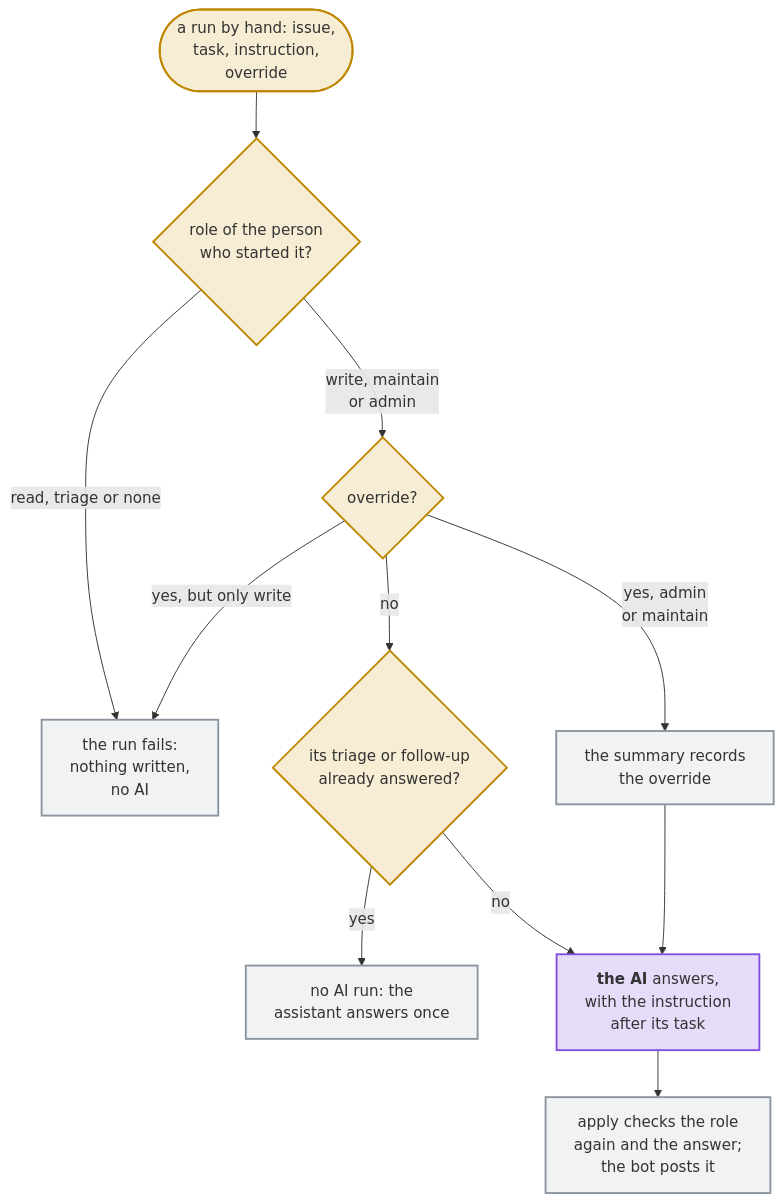
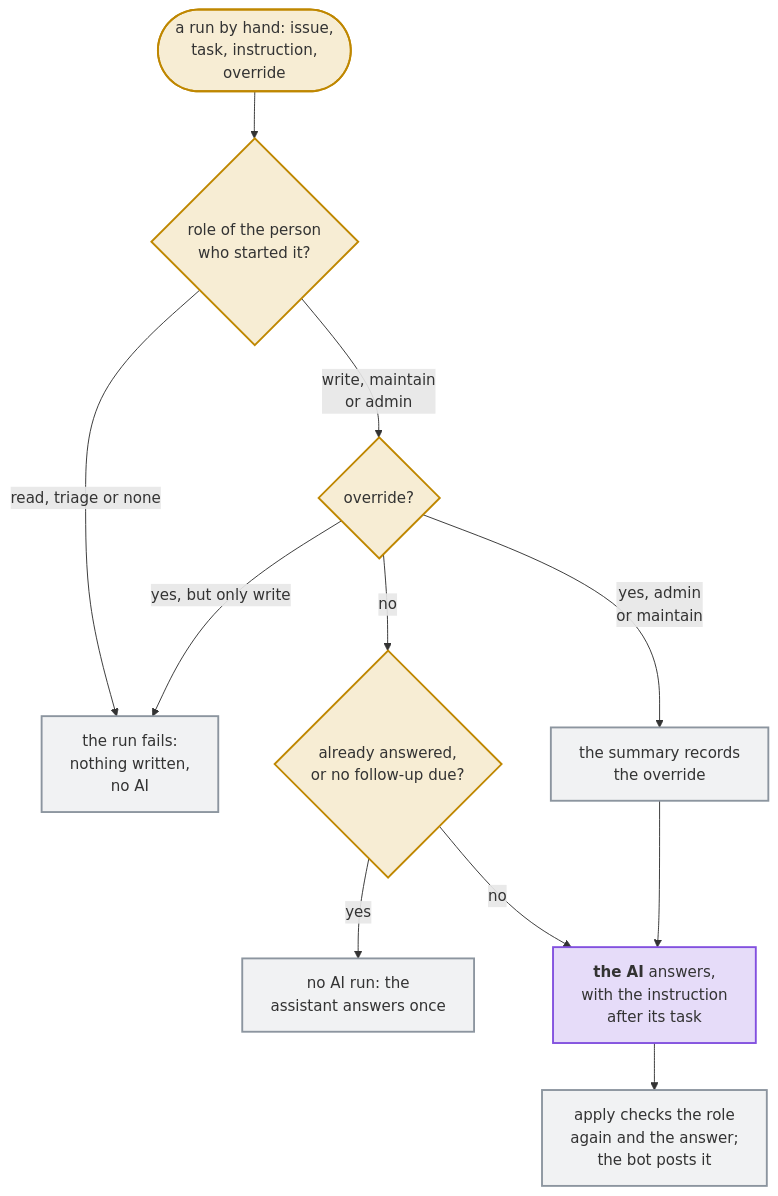
One commit to Dennis-Otto/issue-assistant changed the diagram in docs/diagrams/what-a-run-by-hand-may-do.mmd. Above: the diagram before and after it, drawn with Mermaid. The commit also changed 9 other files, not shown here.

First line of the commit message:
fix: end a run by hand before the AI whenever apply would post nothing

```diff
--- a/docs/diagrams/what-a-run-by-hand-may-do.mmd
+++ b/docs/diagrams/what-a-run-by-hand-may-do.mmd
@@ -1,21 +1,21 @@
 flowchart TB
   accTitle: What a run by hand may do
-  accDescr: A run by hand of issue-assistant.yml, from the Actions tab, gh workflow run or the REST API, names an issue, a task, an optional instruction and the override. The job event asks GitHub for the role of the person who started the run, or who ran it again. Without write access, the run fails before anything is written and before the AI. With override, only the roles admin and maintain may go on, and the summary of the run records the override; the AI then answers again, even where its task already has its comment. Without override, a triage or follow-up that already has its comment stops without the AI, and every other run goes on to the AI, which reads the instruction after its task. The job apply checks the role again and the answer as always, and the assistant's bot posts the comment.
+  accDescr: A run by hand of issue-assistant.yml, from the Actions tab, gh workflow run or the REST API, names an issue, a task, an optional instruction and the override. The job event asks GitHub for the role of the person who started the run, or who ran it again. Without write access, the run fails before anything is written and before the AI. With override, only the roles admin and maintain may go on, and the summary of the run records the override; the AI then answers again, even where its task already has its comment. Without override, a run whose task would post nothing stops without the AI: a triage, follow-up or answer to a maintainer's question that already has its comment, or a follow-up that is not due, as after a maintainer joined the conversation; every other run goes on to the AI, which reads the instruction after its task. The job apply checks the role again and the answer as always, and the assistant's bot posts the comment.
   start(["a run by hand: issue,<br>task, instruction,<br>override"]) --> role{"role of the person<br>who started it?"}
   role -- "read, triage or none" --> refused["the run fails:<br>nothing written,<br>no AI"]
   role -- "write, maintain<br>or admin" --> override{"override?"}
   override -- "yes, but only write" --> refused
   override -- "yes, admin<br>or maintain" --> logged["the summary records<br>the override"]
-  override -- "no" --> answered{"its triage or follow-up<br>already answered?"}
+  override -- "no" --> answered{"already answered,<br>or no follow-up due?"}
   answered -- "yes" --> once["no AI run: the<br>assistant answers once"]
   answered -- "no" --> ai["`**the AI** answers,<br>with the instruction<br>after its task`"]
   logged --> ai
   ai --> apply["apply checks the role<br>again and the answer;<br>the bot posts it"]
   classDef trigger fill:#d4a72c33,stroke:#bf8700,stroke-width:2px
   classDef question fill:#d4a72c33,stroke:#bf8700,stroke-width:2px
   classDef ai fill:#8250df33,stroke:#8250df,stroke-width:2px
   classDef job fill:#8c959f1f,stroke:#8c959f,stroke-width:2px
   class start trigger
   class role,override,answered question
   class ai ai
   class refused,logged,once,apply job
```
